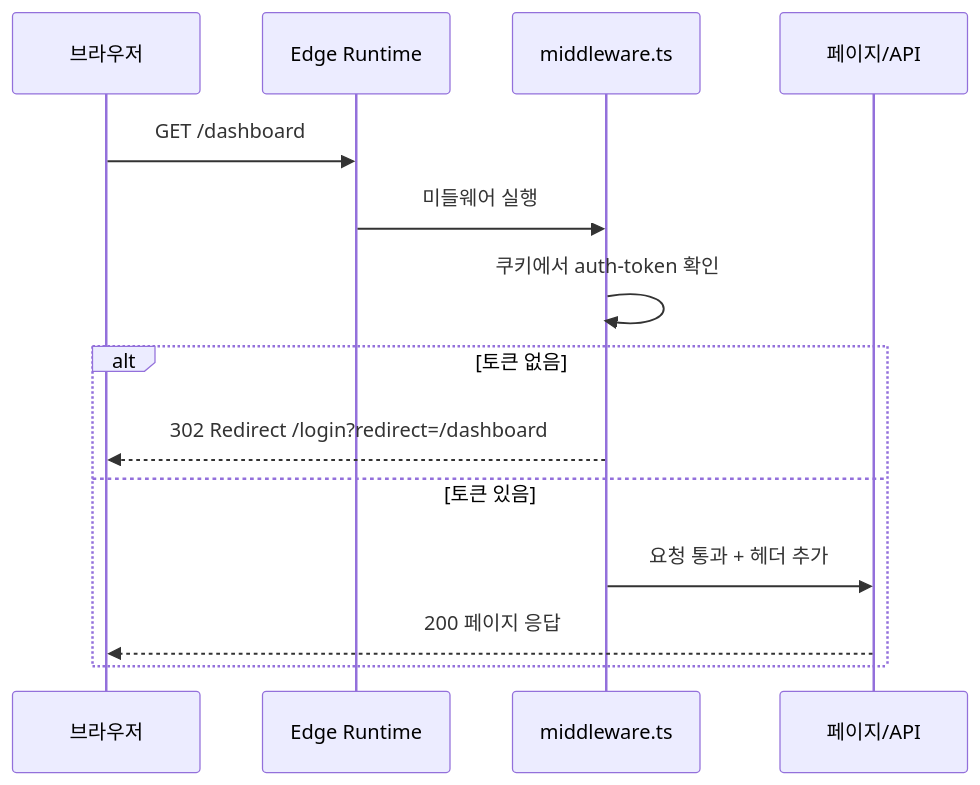
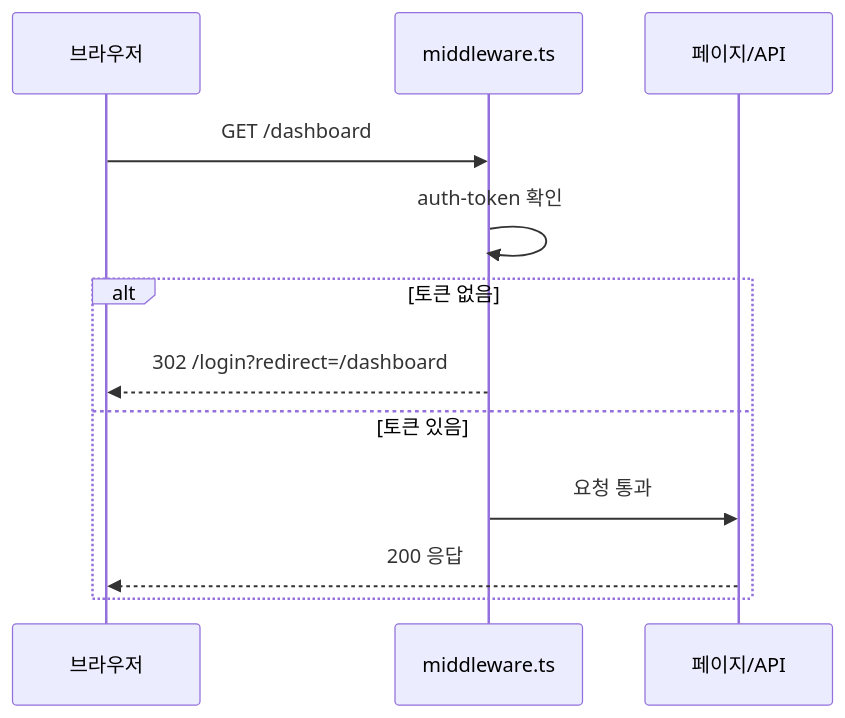
The fourth of 5 diagrams in _posts/frontend/2026-05-01-nextjs.md (yjkim2015/yjkim2015.github.io), drawn with Mermaid before and after one commit. The commit also changed other lines of this file and 215 other files, not shown here.

First line of the commit message:
신규 포스트 10개 추가 + Mermaid 전면 축소 + SystemDesign 시리즈 보강

````diff
--- a/_posts/frontend/2026-05-01-nextjs.md
+++ b/_posts/frontend/2026-05-01-nextjs.md
@@ -299,17 +256,14 @@
 ```mermaid
 sequenceDiagram
-    participant Browser as 브라우저
-    participant Edge as Edge Runtime
+    participant B as 브라우저
     participant MW as middleware.ts
-    participant Page as 페이지/API
-
-    Browser->>Edge: GET /dashboard
-    Edge->>MW: 미들웨어 실행
-    MW->>MW: 쿠키에서 auth-token 확인
+    participant P as 페이지/API
+    B->>MW: GET /dashboard
+    MW->>MW: auth-token 확인
     alt 토큰 없음
-        MW-->>Browser: 302 Redirect /login?redirect=/dashboard
+        MW-->>B: 302 /login?redirect=/dashboard
     else 토큰 있음
-        MW->>Page: 요청 통과 + 헤더 추가
-        Page-->>Browser: 200 페이지 응답
+        MW->>P: 요청 통과
+        P-->>B: 200 응답
     end
 ```
````
